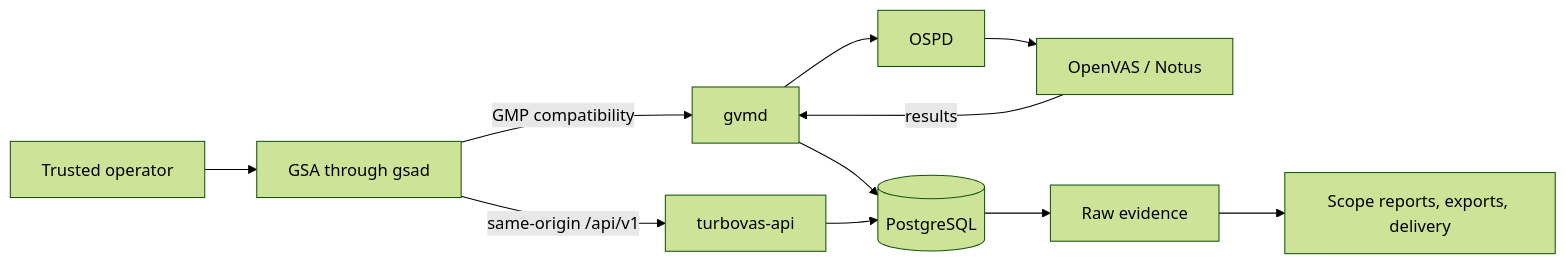
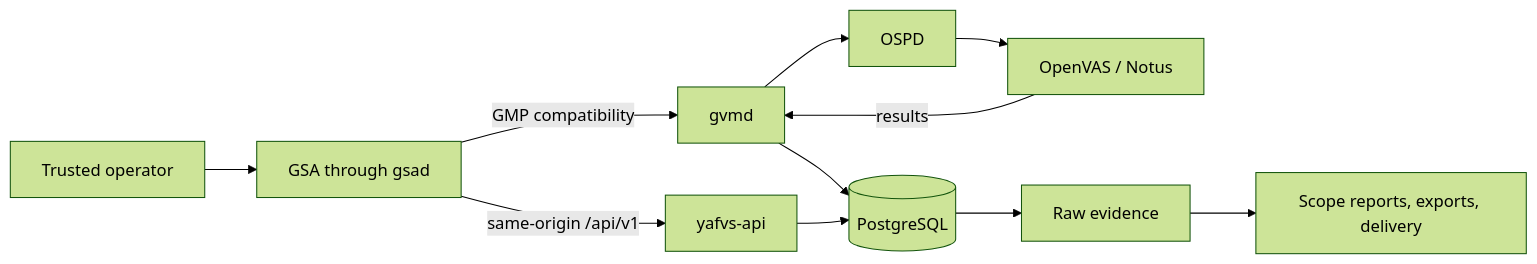
One commit to TheTurboForge/YAFVS changed the diagram in README.md. Above: the diagram before and after it, drawn with Mermaid (forest theme). The commit also changed other lines of this file and 368 other files, not shown here.

Commit message:
Rename the native API service to yafvs-api

````diff
--- a/README.md
+++ b/README.md
@@ -32,13 +32,13 @@
 ```mermaid
 flowchart LR
     Operator["Trusted operator"] --> GSA["GSA through gsad"]
     GSA -->|"GMP compatibility"| GVMD["gvmd"]
-    GSA -->|"same-origin /api/v1"| API["turbovas-api"]
+    GSA -->|"same-origin /api/v1"| API["yafvs-api"]
     GVMD --> DB[("PostgreSQL")]
     API --> DB
     GVMD --> OSPD["OSPD"]
     OSPD --> Scanner["OpenVAS / Notus"]
     Scanner -->|"results"| GVMD
     DB --> Evidence["Raw evidence"]
     Evidence --> Delivery["Scope reports, exports, delivery"]
 ```
````
